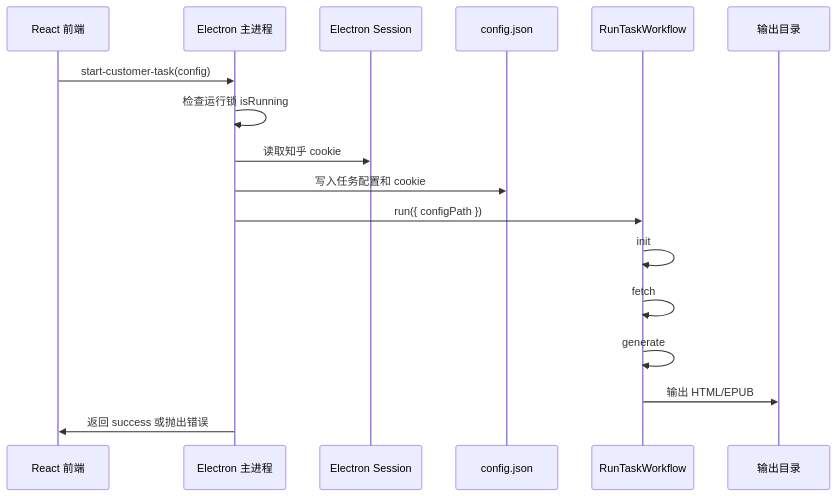
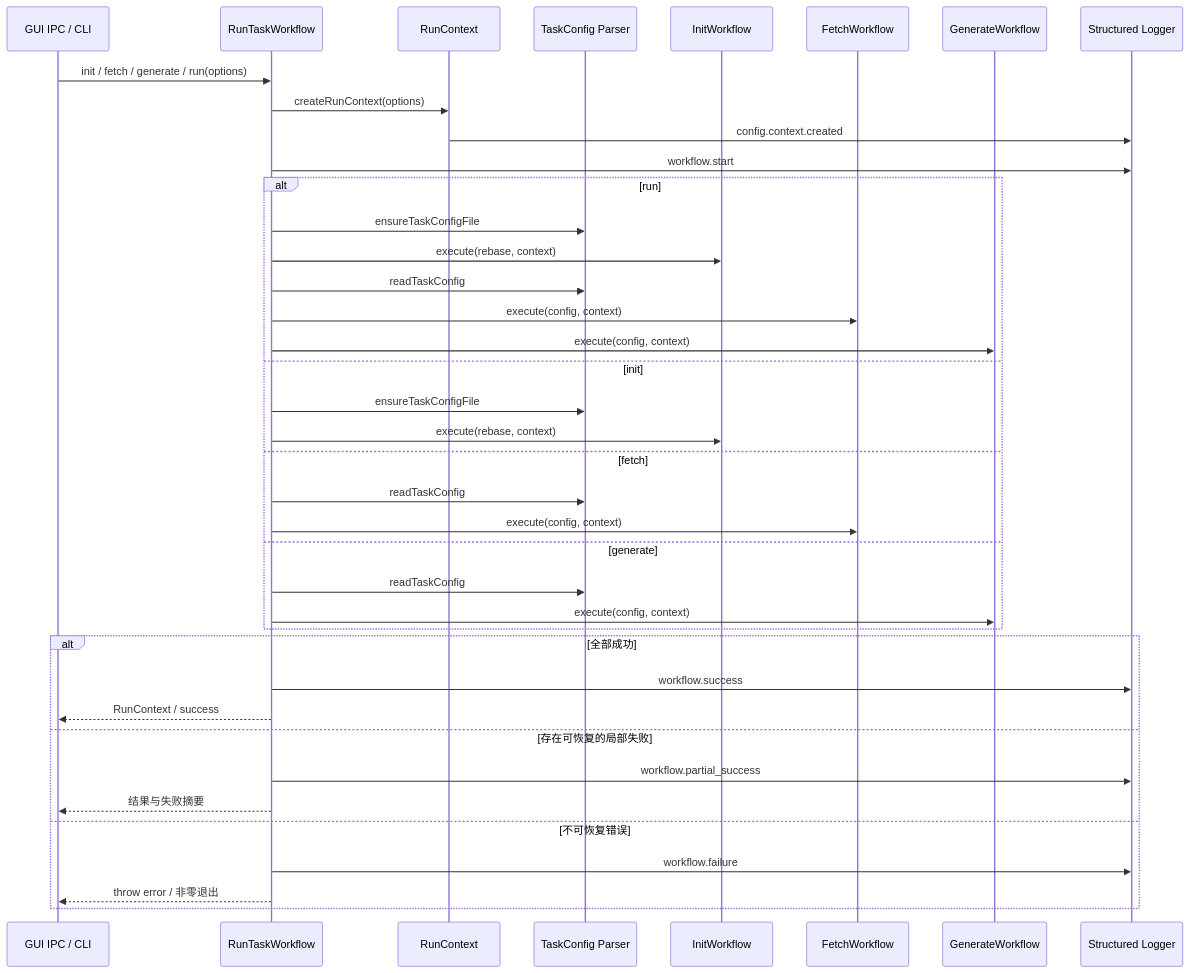
Before and after one commit to YaoZeyuan/zhihuhelp: the first of 3 diagrams in doc/开发文档/业务流程.md, drawn with Mermaid. The commit also changed other lines of this file and 162 other files, not shown here.

````diff
--- a/doc/开发文档/业务流程.md
+++ b/doc/开发文档/业务流程.md
@@ -18,20 +11,44 @@
 ```mermaid
 sequenceDiagram
-  participant UI as React 前端
-  participant Main as Electron 主进程
-  participant Session as Electron Session
-  participant Config as config.json
+  participant Caller as GUI IPC / CLI
   participant Workflow as RunTaskWorkflow
-  participant Output as 输出目录
+  participant Context as RunContext
+  participant Config as TaskConfig Parser
+  participant Init as InitWorkflow
+  participant Fetch as FetchWorkflow
+  participant Generate as GenerateWorkflow
+  participant Log as Structured Logger
 
-  UI->>Main: start-customer-task(config)
-  Main->>Main: 检查运行锁 isRunning
-  Main->>Session: 读取知乎 cookie
-  Main->>Config: 写入任务配置和 cookie
-  Main->>Workflow: run({ configPath })
-  Workflow->>Workflow: init
-  Workflow->>Workflow: fetch
-  Workflow->>Workflow: generate
-  Workflow->>Output: 输出 HTML/EPUB
-  Main->>UI: 返回 success 或抛出错误
+  Caller->>Workflow: init / fetch / generate / run(options)
+  Workflow->>Context: createRunContext(options)
+  Context->>Log: config.context.created
+  Workflow->>Log: workflow.start
+
+  alt run
+    Workflow->>Config: ensureTaskConfigFile
+    Workflow->>Init: execute(rebase, context)
+    Workflow->>Config: readTaskConfig
+    Workflow->>Fetch: execute(config, context)
+    Workflow->>Generate: execute(config, context)
+  else init
+    Workflow->>Config: ensureTaskConfigFile
+    Workflow->>Init: execute(rebase, context)
+  else fetch
+    Workflow->>Config: readTaskConfig
+    Workflow->>Fetch: execute(config, context)
+  else generate
+    Workflow->>Config: readTaskConfig
+    Workflow->>Generate: execute(config, context)
+  end
+
+  alt 全部成功
+    Workflow->>Log: workflow.success
+    Workflow-->>Caller: RunContext / success
+  else 存在可恢复的局部失败
+    Workflow->>Log: workflow.partial_success
+    Workflow-->>Caller: 结果与失败摘要
+  else 不可恢复错误
+    Workflow->>Log: workflow.failure
+    Workflow-->>Caller: throw error / 非零退出
+  end
 ```
````
